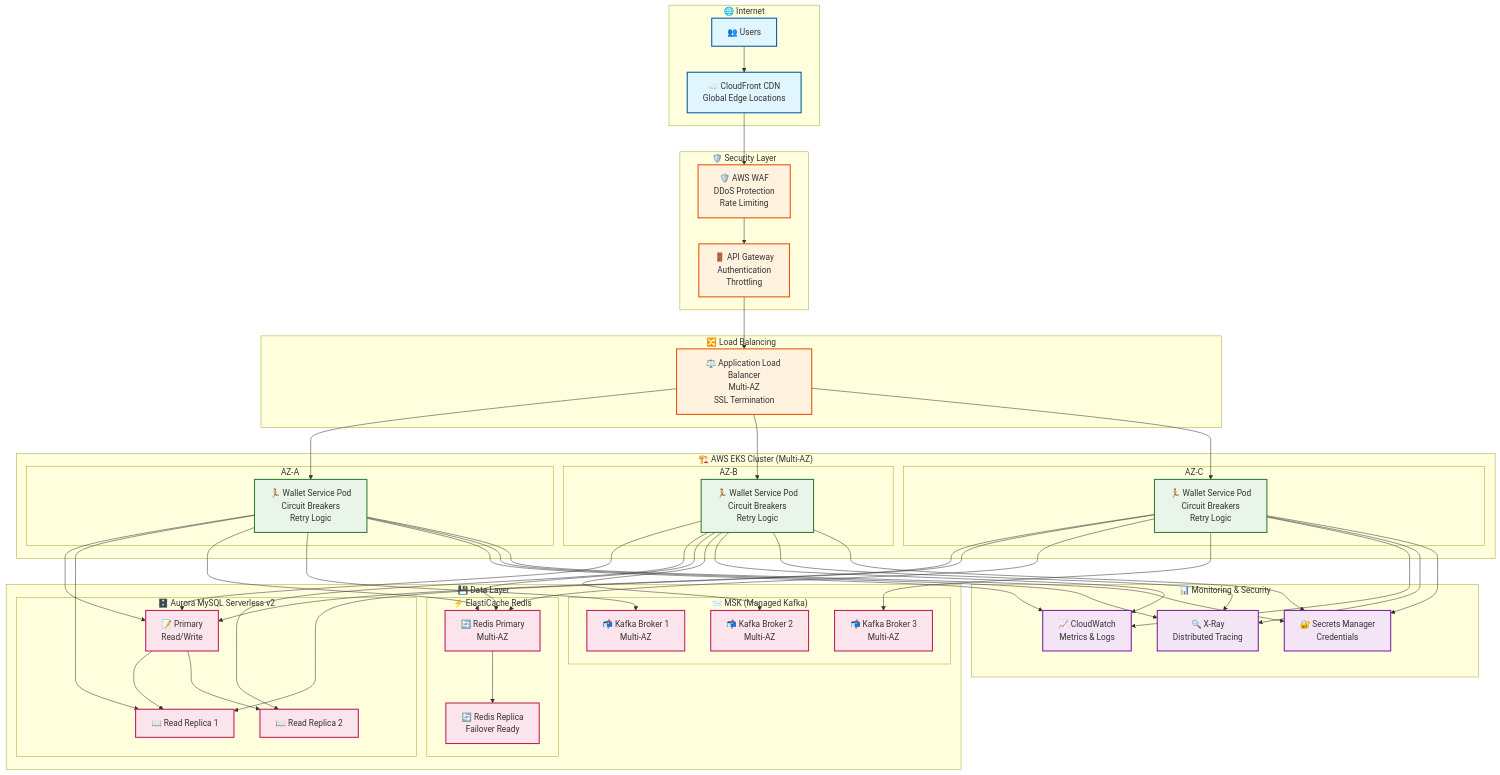
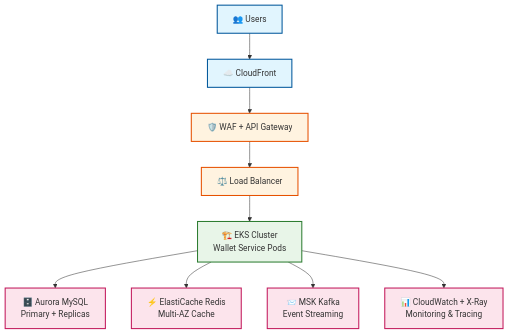
The diagram in docs/README.md (thiago2santos/wallet-service), drawn with Mermaid before and after one commit. The commit also changed 1 other file, not shown here.

Commit message:
✨ refactor: Simplify AWS architecture diagram for clarity
🎯 From Complex to Clean:
• Reduced from 20+ nodes to 8 essential components
• Eliminated overwhelming subgraphs and detailed connections
• Focused on main architectural flow: Users → Security → Compute → Data
• Maintained color coding for visual organization

📐 New Simple Structure:
• 👥 Users → ☁️ CloudFront → 🛡️ WAF/API Gateway → ⚖️ Load Balancer
• 🏗️ EKS Cluster connects to all data services
• Clear separation: Security (orange), Compute (green), Data (pink)

🎨 Visual Benefits:
• Clean, professional appearance
• Easy to understand at a glance
• Perfect for presentations and documentation
• Focuses on what matters most

✅ Also Included:
• Mermaid plugin configuration in docsify (index.html)
• Proper CDN links for diagram rendering
• Default theme for professional look

🚀 Result: Beautiful, clean architecture that tells the story without overwhelming details

````diff
--- a/docs/README.md
+++ b/docs/README.md
@@ -138,111 +138,23 @@
 ```mermaid
 graph TB
-    subgraph "🌐 Internet"
-        Users["👥 Users"]
-        CDN["☁️ CloudFront CDN<br/>Global Edge Locations"]
-    end
+    Users["👥 Users"] --> CDN["☁️ CloudFront"]
+    CDN --> WAF["🛡️ WAF + API Gateway"]
+    WAF --> ALB["⚖️ Load Balancer"]
+    ALB --> EKS["🏗️ EKS Cluster<br/>Wallet Service Pods"]
     
-    subgraph "🛡️ Security Layer"
-        WAF["🛡️ AWS WAF<br/>DDoS Protection<br/>Rate Limiting"]
-        Gateway["🚪 API Gateway<br/>Authentication<br/>Throttling"]
-    end
+    EKS --> Aurora["🗄️ Aurora MySQL<br/>Primary + Replicas"]
+    EKS --> Redis["⚡ ElastiCache Redis<br/>Multi-AZ Cache"]
+    EKS --> Kafka["📨 MSK Kafka<br/>Event Streaming"]
     
-    subgraph "🔀 Load Balancing"
-        ALB["⚖️ Application Load Balancer<br/>Multi-AZ<br/>SSL Termination"]
-    end
+    EKS --> Monitor["📊 CloudWatch + X-Ray<br/>Monitoring & Tracing"]
     
-    subgraph "🏗️ AWS EKS Cluster (Multi-AZ)"
-        subgraph "AZ-A"
-            Pod1["🏃 Wallet Service Pod<br/>Circuit Breakers<br/>Retry Logic"]
-        end
-        subgraph "AZ-B"
-            Pod2["🏃 Wallet Service Pod<br/>Circuit Breakers<br/>Retry Logic"]
-        end
-        subgraph "AZ-C"
-            Pod3["🏃 Wallet Service Pod<br/>Circuit Breakers<br/>Retry Logic"]
-        end
-    end
-    
-    subgraph "💾 Data Layer"
-        subgraph "🗄️ Aurora MySQL Serverless v2"
-            Primary["📝 Primary<br/>Read/Write"]
-            Replica1["📖 Read Replica 1"]
-            Replica2["📖 Read Replica 2"]
-        end
-        
-        subgraph "⚡ ElastiCache Redis"
-            Redis1["🔄 Redis Primary<br/>Multi-AZ"]
-            Redis2["🔄 Redis Replica<br/>Failover Ready"]
-        end
-        
-        subgraph "📨 MSK (Managed Kafka)"
-            Kafka1["📬 Kafka Broker 1<br/>Multi-AZ"]
-            Kafka2["📬 Kafka Broker 2<br/>Multi-AZ"]
-            Kafka3["📬 Kafka Broker 3<br/>Multi-AZ"]
-        end
-    end
-    
-    subgraph "📊 Monitoring & Security"
-        CloudWatch["📈 CloudWatch<br/>Metrics & Logs"]
-        XRay["🔍 X-Ray<br/>Distributed Tracing"]
-        Secrets["🔐 Secrets Manager<br/>Credentials"]
-    end
-    
-    %% User Flow
-    Users --> CDN
-    CDN --> WAF
-    WAF --> Gateway
-    Gateway --> ALB
-    ALB --> Pod1
-    ALB --> Pod2
-    ALB --> Pod3
-    
-    %% Database Connections
-    Pod1 --> Primary
-    Pod2 --> Primary
-    Pod3 --> Primary
-    
-    Pod1 --> Replica1
-    Pod2 --> Replica2
-    Pod3 --> Replica1
-    
-    Primary --> Replica1
-    Primary --> Replica2
-    
-    %% Cache Connections
-    Pod1 --> Redis1
-    Pod2 --> Redis1
-    Pod3 --> Redis1
-    Redis1 --> Redis2
-    
-    %% Event Streaming
-    Pod1 --> Kafka1
-    Pod2 --> Kafka2
-    Pod3 --> Kafka3
-    
-    %% Monitoring
-    Pod1 --> CloudWatch
-    Pod2 --> CloudWatch
-    Pod3 --> CloudWatch
-    
-    Pod1 --> XRay
-    Pod2 --> XRay
-    Pod3 --> XRay
-    
-    Pod1 --> Secrets
-    Pod2 --> Secrets
-    Pod3 --> Secrets
-    
-    %% Styling
     classDef userClass fill:#e1f5fe,stroke:#01579b,stroke-width:2px
     classDef securityClass fill:#fff3e0,stroke:#e65100,stroke-width:2px
     classDef computeClass fill:#e8f5e8,stroke:#2e7d32,stroke-width:2px
     classDef dataClass fill:#fce4ec,stroke:#c2185b,stroke-width:2px
-    classDef monitorClass fill:#f3e5f5,stroke:#7b1fa2,stroke-width:2px
     
     class Users,CDN userClass
-    class WAF,Gateway,ALB securityClass
-    class Pod1,Pod2,Pod3 computeClass
-    class Primary,Replica1,Replica2,Redis1,Redis2,Kafka1,Kafka2,Kafka3 dataClass
-    class CloudWatch,XRay,Secrets monitorClass
+    class WAF,ALB securityClass
+    class EKS computeClass
+    class Aurora,Redis,Kafka,Monitor dataClass
 ```
````
